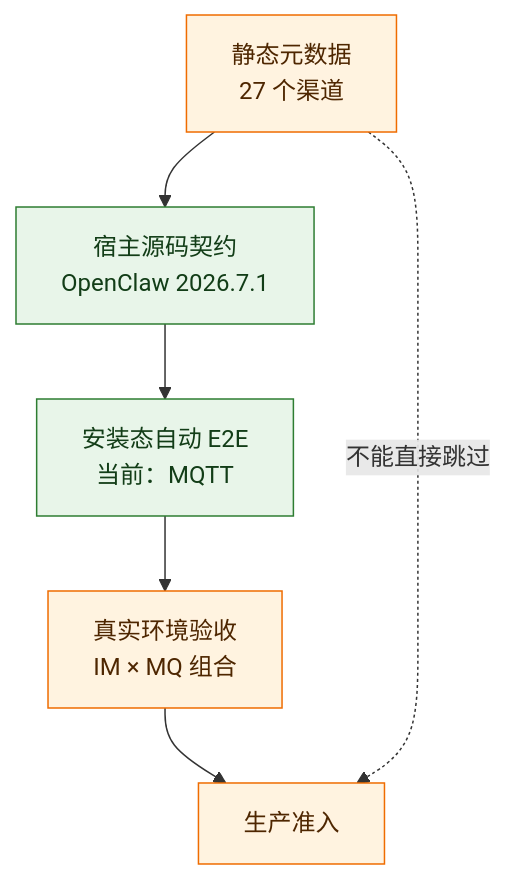
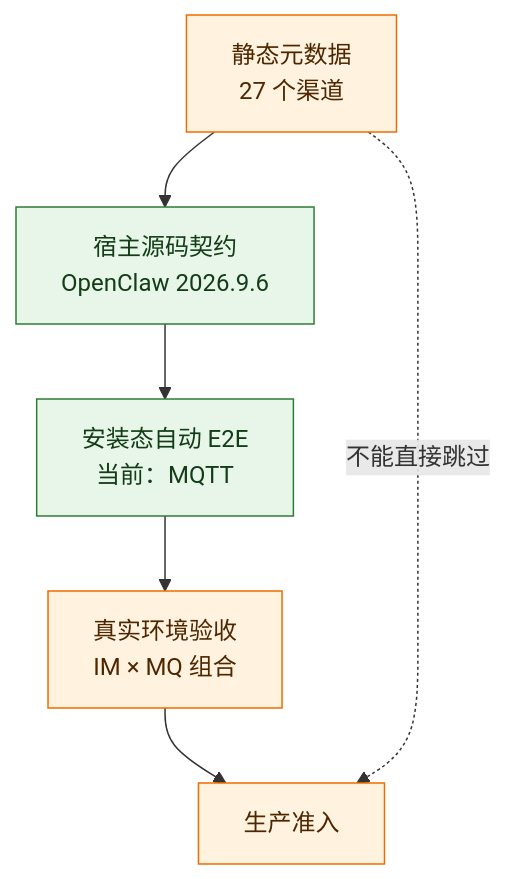
One commit to partme-ai/openclaw-plugins changed the second of 3 diagrams in extensions/bridge/README.zh-CN.md. Above: the diagram before and after it, drawn with Mermaid. The commit also changed other lines of this file and 9 other files, not shown here.

````diff
--- a/extensions/bridge/README.zh-CN.md
+++ b/extensions/bridge/README.zh-CN.md
@@ -214,13 +216,13 @@
 ```mermaid
 flowchart TD
-    M["静态元数据<br/>27 个渠道"] --> H["宿主源码契约<br/>OpenClaw 2026.7.1"]
+    M["静态元数据<br/>27 个渠道"] --> H["宿主源码契约<br/>OpenClaw 2026.9.6"]
     H --> E["安装态自动 E2E<br/>当前：MQTT"]
     E --> R["真实环境验收<br/>IM × MQ 组合"]
     R --> P["生产准入"]
     M -. "不能直接跳过" .-> P
 
     classDef proven fill:#e8f5e9,stroke:#2e7d32,color:#123d17
     classDef pending fill:#fff3e0,stroke:#ef6c00,color:#4e2600
     class H,E proven
     class M,R,P pending
 ```
````
